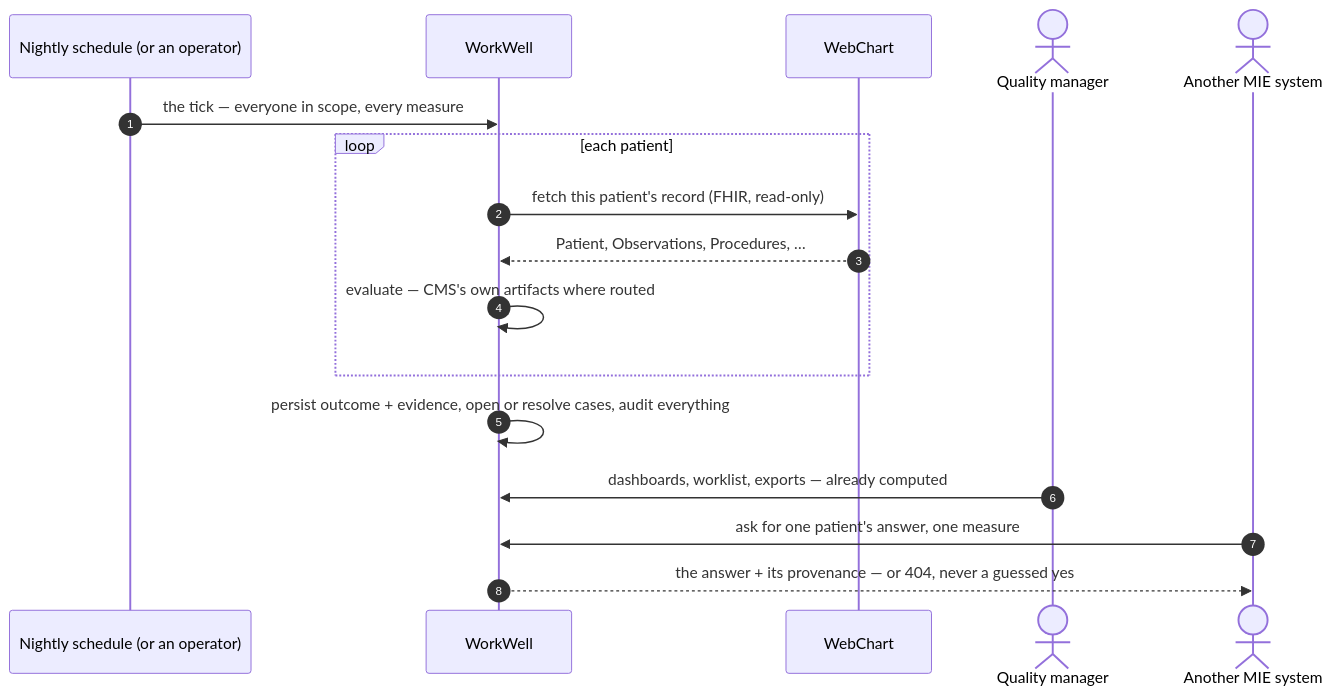
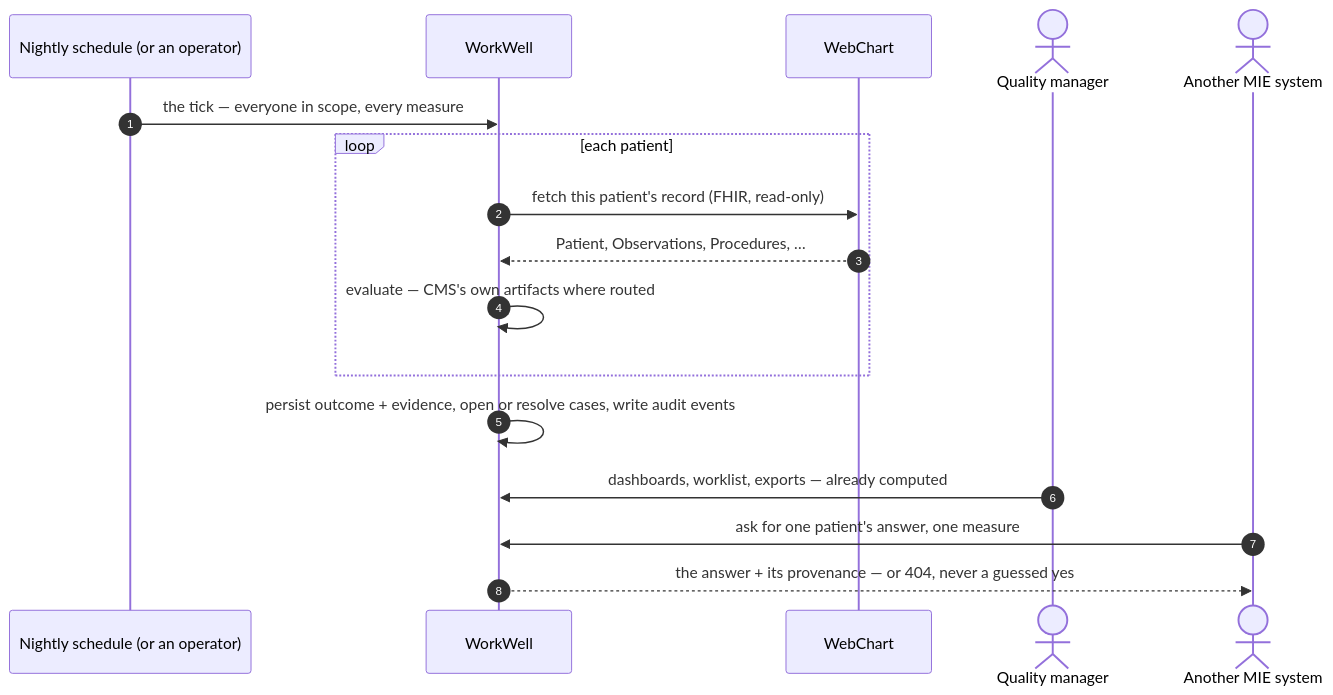
The first of 2 diagrams in docs/guide/10-scenarios.md (Taleef7/workwell), drawn with Mermaid before and after one commit. The commit also changed other lines of this file and 24 other files, not shown here.

````diff
--- a/docs/guide/10-scenarios.md
+++ b/docs/guide/10-scenarios.md
@@ -44,19 +46,19 @@
 ```mermaid
 sequenceDiagram
   autonumber
   participant SCH as Nightly schedule (or an operator)
   participant WW as WorkWell
   participant WC as WebChart
   actor MGR as Quality manager
   actor MIE as Another MIE system
   SCH->>WW: the tick — everyone in scope, every measure
   loop each patient
     WW->>WC: fetch this patient's record (FHIR, read-only)
     WC-->>WW: Patient, Observations, Procedures, …
     WW->>WW: evaluate — CMS's own artifacts where routed
   end
-  WW->>WW: persist outcome + evidence, open or resolve cases, audit everything
+  WW->>WW: persist outcome + evidence, open or resolve cases, write audit events
   MGR->>WW: dashboards, worklist, exports — already computed
   MIE->>WW: ask for one patient's answer, one measure
   WW-->>MIE: the answer + its provenance — or 404, never a guessed yes
 ```
````
